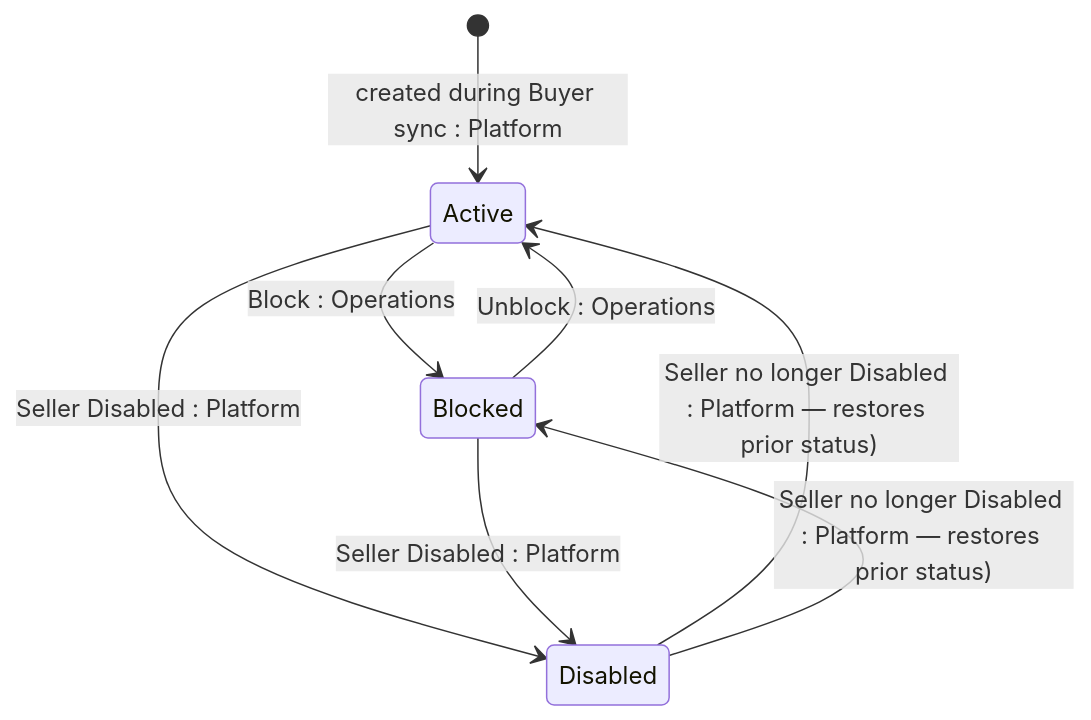
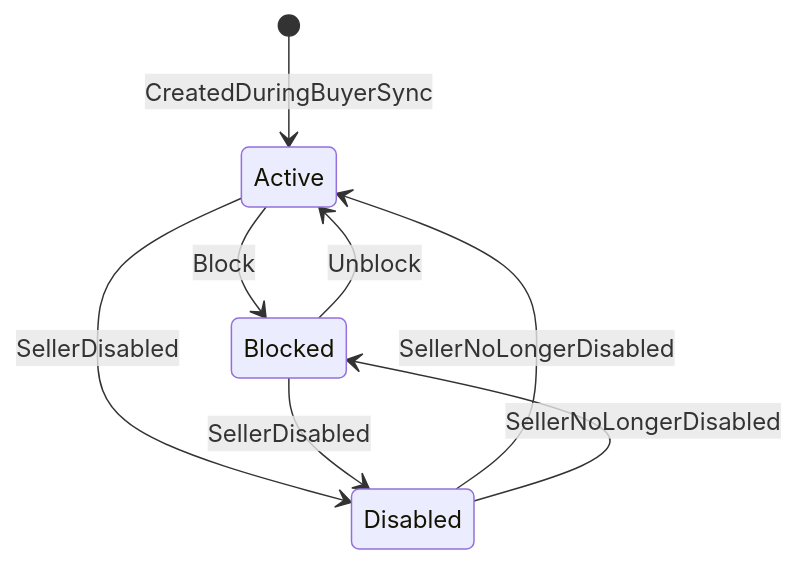
The diagram in developer-resources/rest-api/accounts-api/erplink/state-diagram.md (mikhailtchesnokov/gitbook), drawn with Mermaid before and after one commit. The commit also changed 151 other files, not shown here.

````diff
--- a/developer-resources/rest-api/accounts-api/erplink/state-diagram.md
+++ b/developer-resources/rest-api/accounts-api/erplink/state-diagram.md
@@ -13,10 +13,10 @@
 ```mermaid
 stateDiagram-v2
-    [*] --> Active : created during Buyer sync : Platform
-    Active --> Blocked : Block : Operations
-    Blocked --> Active : Unblock : Operations
-    Active --> Disabled : Seller Disabled : Platform
-    Blocked --> Disabled : Seller Disabled : Platform
-    Disabled --> Active : Seller no longer Disabled : Platform — restores prior status)
-    Disabled --> Blocked : Seller no longer Disabled : Platform — restores prior status)
+    [*] --> Active : CreatedDuringBuyerSync
+    Active --> Blocked : Block
+    Blocked --> Active : Unblock
+    Active --> Disabled : SellerDisabled
+    Blocked --> Disabled : SellerDisabled
+    Disabled --> Active : SellerNoLongerDisabled
+    Disabled --> Blocked : SellerNoLongerDisabled
 ```
````
